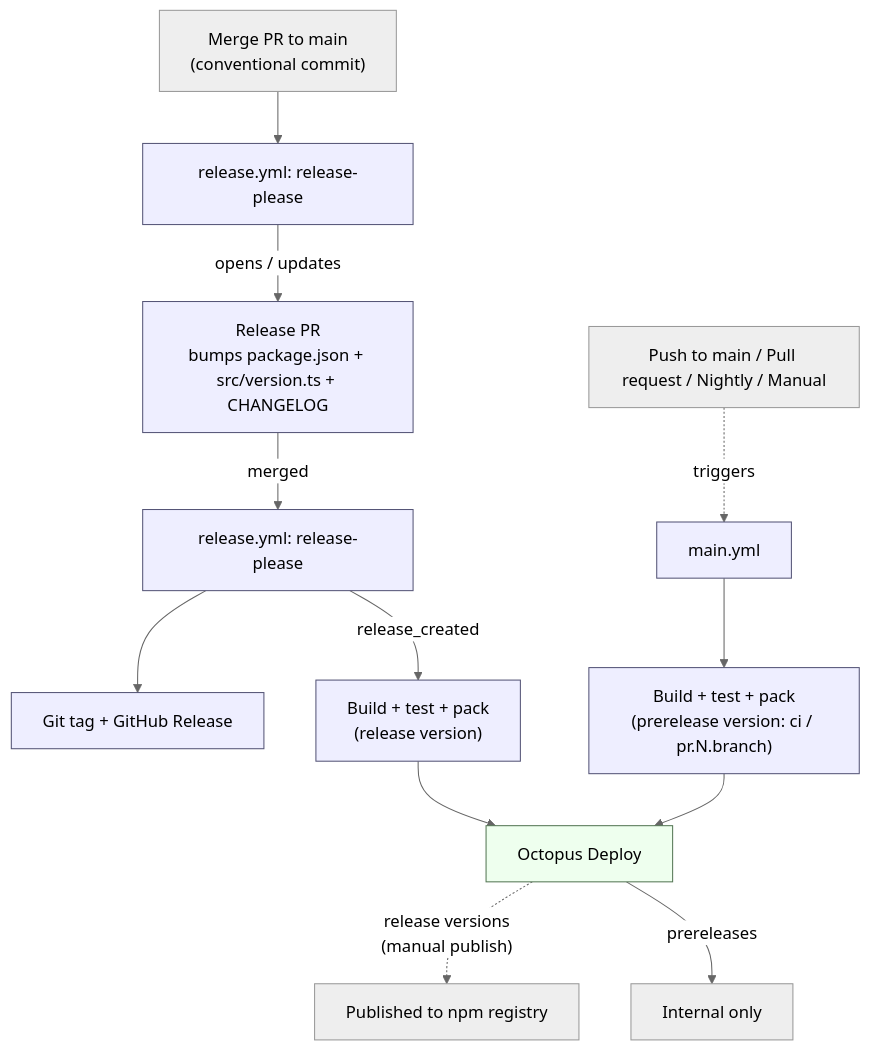
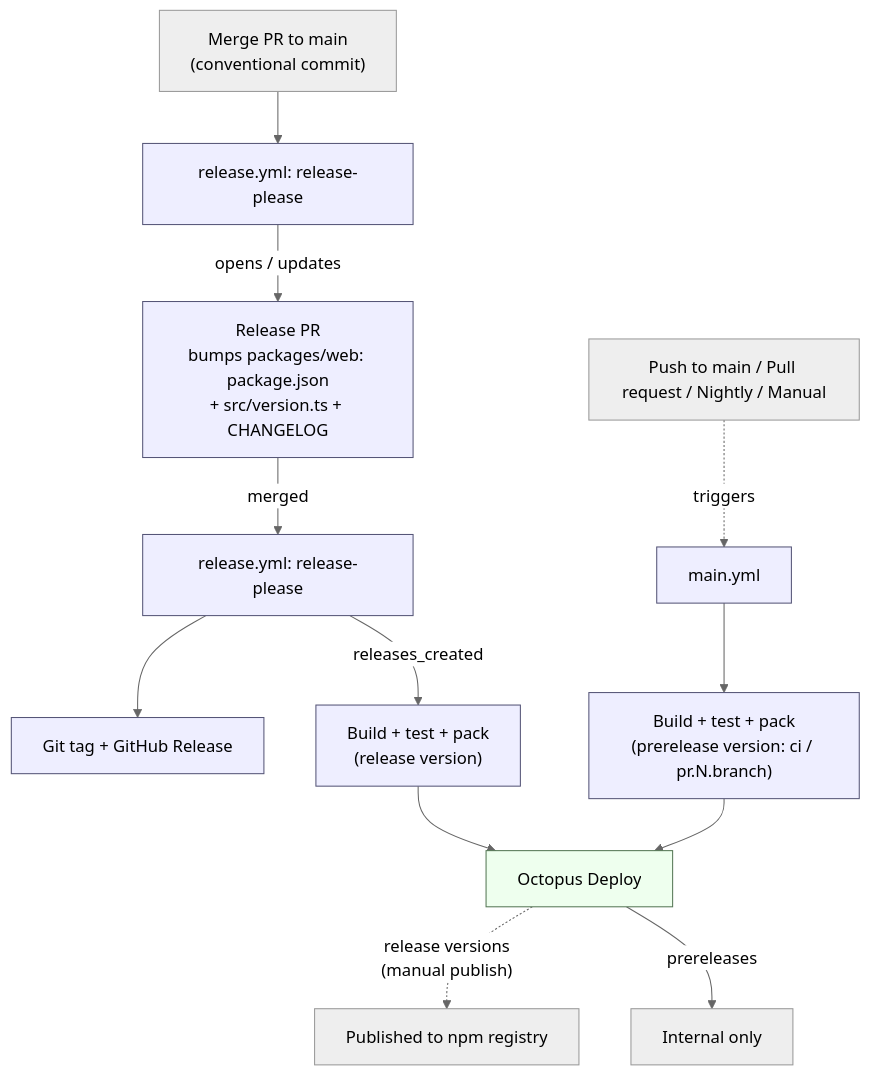
Before and after one commit to OctopusDeploy/openfeature-provider-ts-web: the diagram in RELEASING.md, drawn with Mermaid (neutral theme). The commit also changed other lines of this file and 79 other files, not shown here.

````diff
--- a/RELEASING.md
+++ b/RELEASING.md
@@ -7,24 +7,24 @@
 ```mermaid
 flowchart TD
     PR["Merge PR to main<br/>(conventional commit)"]
     TRIG["Push to main / Pull request / Nightly / Manual"]
 
     PR --> RP["release.yml: release-please"]
     TRIG -. "triggers" .-> CI["main.yml"]
 
-    RP -->|"opens / updates"| RPR["Release PR<br/>bumps package.json + src/version.ts + CHANGELOG"]
+    RP -->|"opens / updates"| RPR["Release PR<br/>bumps packages/web: package.json<br/>+ src/version.ts + CHANGELOG"]
     RPR -->|"merged"| RP2["release.yml: release-please"]
     RP2 --> TAG["Git tag + GitHub Release"]
-    RP2 -->|"release_created"| ACTR["Build + test + pack<br/>(release version)"]
+    RP2 -->|"releases_created"| ACTR["Build + test + pack<br/>(release version)"]
     CI --> ACTP["Build + test + pack<br/>(prerelease version: ci / pr.N.branch)"]
 
     ACTR --> OCT["Octopus Deploy"]
     ACTP --> OCT
     OCT -. "release versions<br/>(manual publish)" .-> PUB["Published to npm registry"]
     OCT -->|"prereleases"| PRE["Internal only"]
 
     classDef gh fill:#eef,stroke:#557;
     classDef oct fill:#efe,stroke:#575;
     class RP,RPR,RP2,TAG,CI,ACTR,ACTP gh;
     class OCT oct;
 ```
````
